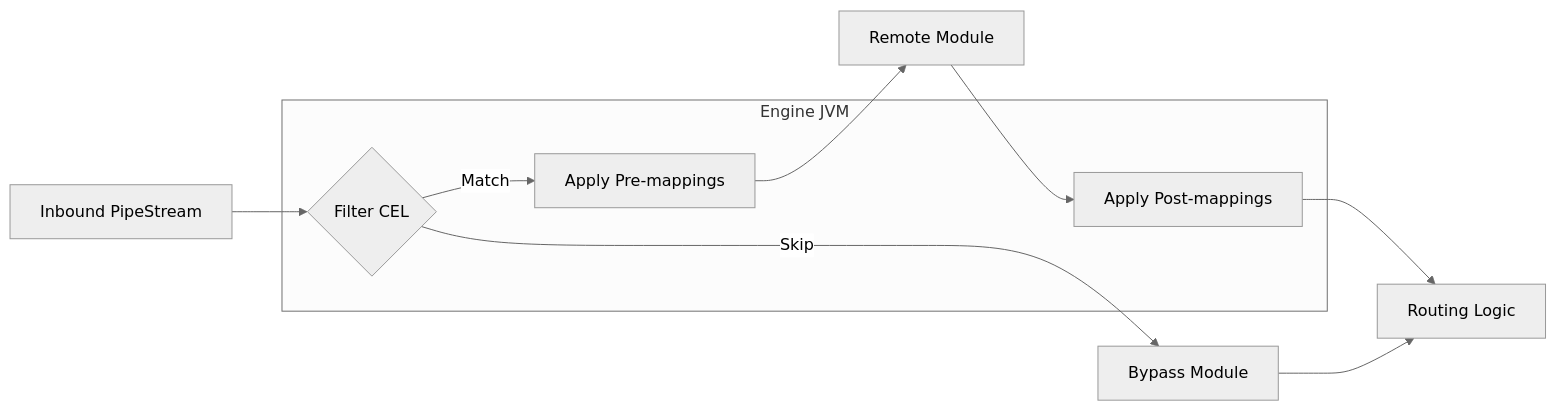
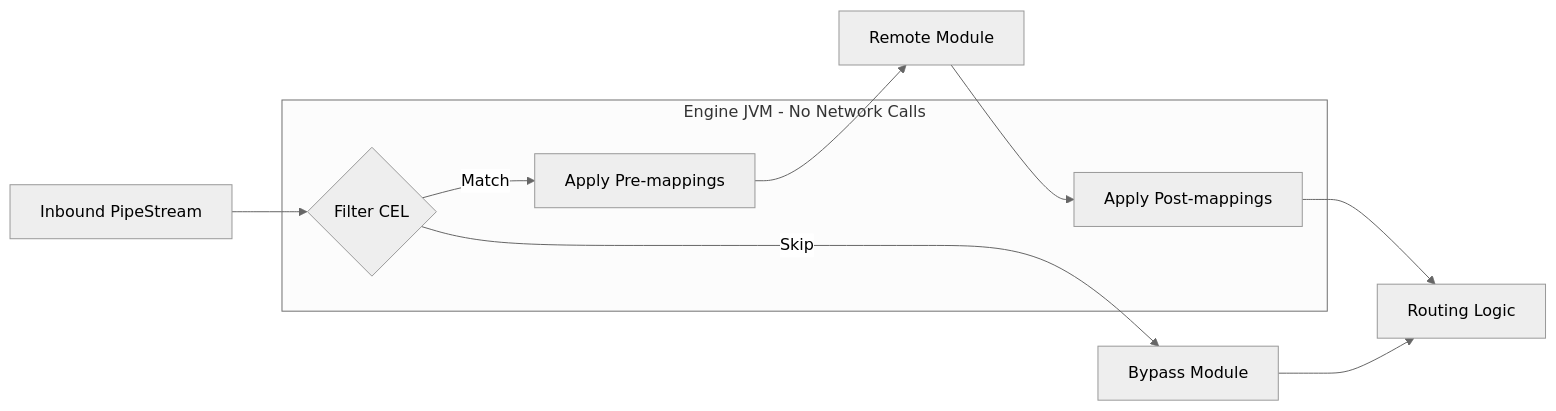
One commit to ai-pipestream/pipestream-engine changed the diagram in docs/architecture/06-mapping-filtering.md. Above: the diagram before and after it, drawn with Mermaid (neutral theme). The commit also changed other lines of this file, not shown here.

````diff
--- a/docs/architecture/06-mapping-filtering.md
+++ b/docs/architecture/06-mapping-filtering.md
@@ -47,18 +218,18 @@
 ```mermaid
 flowchart LR
     Stream[Inbound PipeStream] --> Filter{Filter CEL}
     Filter -- Match --> PreMap[Apply Pre-mappings]
     Filter -- Skip --> Skip[Bypass Module]
     
     PreMap --> Module[Remote Module]
     Module --> PostMap[Apply Post-mappings]
     
     PostMap --> Route[Routing Logic]
     Skip --> Route
     
-    subgraph EngineJVM [Engine JVM]
+    subgraph EngineJVM [Engine JVM - No Network Calls]
         Filter
         PreMap
         PostMap
     end
 ```
````
